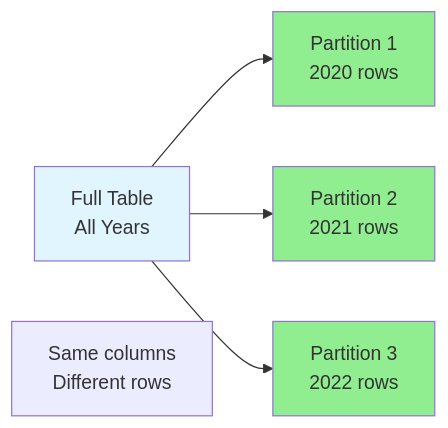
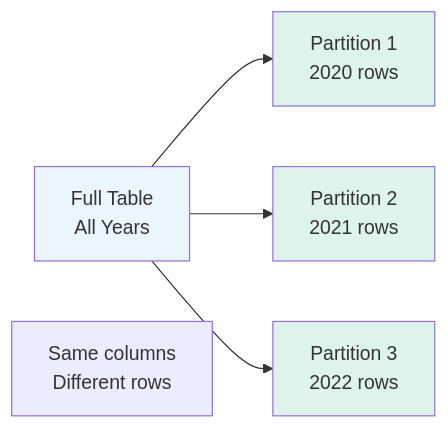
One commit to cartmancodes/InterviewVault changed the fourth of 46 diagrams in LLD/CoreConcepts/Sharding.md. Above: the diagram before and after it, drawn with Mermaid. The commit also changed other lines of this file and 679 other files, not shown here.

Commit message:
Unify content diagrams and add accessible visual walkthroughs

````diff
--- a/LLD/CoreConcepts/Sharding.md
+++ b/LLD/CoreConcepts/Sharding.md
@@ -111,15 +111,15 @@
 ```mermaid
 graph LR
     FULL[Full Table<br/>All Years]
     
     FULL --> H1[Partition 1<br/>2020 rows]
     FULL --> H2[Partition 2<br/>2021 rows]
     FULL --> H3[Partition 3<br/>2022 rows]
     
     NOTE[Same columns<br/>Different rows]
     
-    style FULL fill:#e1f5ff
-    style H1 fill:#90EE90
-    style H2 fill:#90EE90
-    style H3 fill:#90EE90
+    style FULL fill:#EAF5FD
+    style H1 fill:#DDF3EC
+    style H2 fill:#DDF3EC
+    style H3 fill:#DDF3EC
 ```
````
